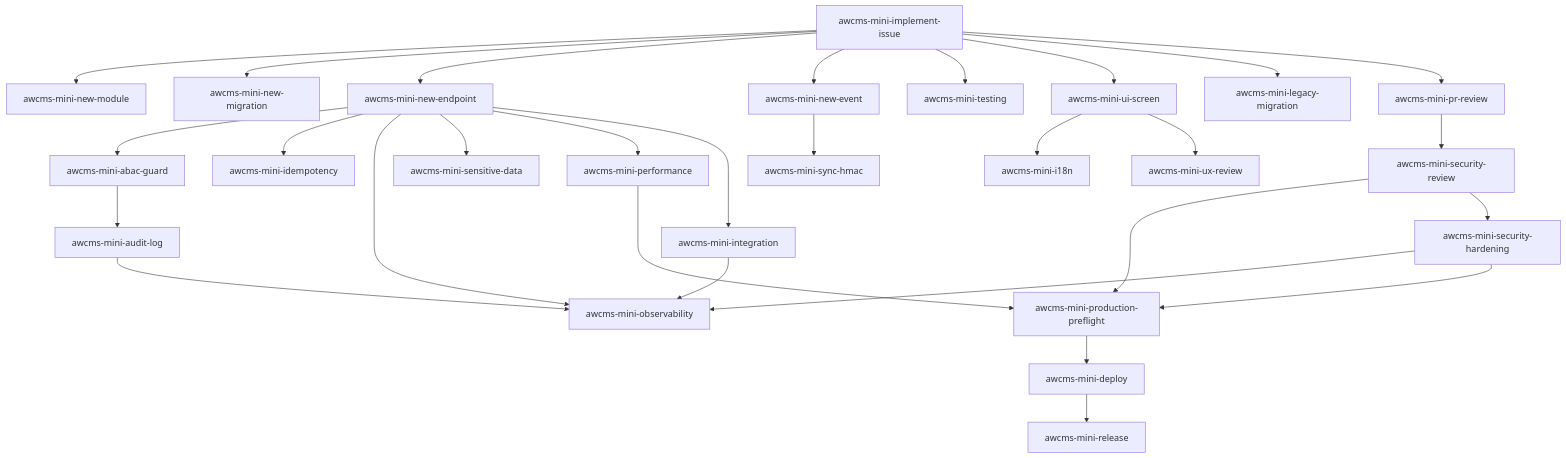
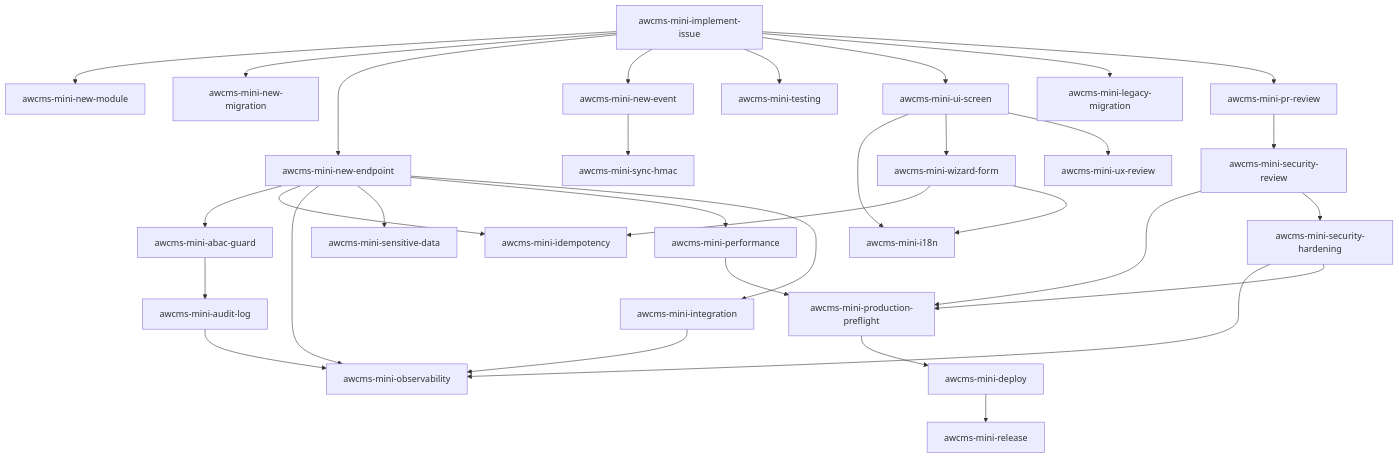
Before and after one commit to ahliweb/awcms-mini: the diagram in .claude/skills/README.md, drawn with Mermaid. The commit also changed other lines of this file and 6 other files, not shown here.

````diff
--- a/.claude/skills/README.md
+++ b/.claude/skills/README.md
@@ -55,32 +56,35 @@
 ```mermaid
 flowchart TD
   II[awcms-mini-implement-issue] --> NM[awcms-mini-new-module]
   II --> MIG[awcms-mini-new-migration]
   II --> EP[awcms-mini-new-endpoint]
   II --> EV[awcms-mini-new-event]
   II --> TST[awcms-mini-testing]
   EP --> ABAC[awcms-mini-abac-guard]
   EP --> IDEM[awcms-mini-idempotency]
   ABAC --> AUD[awcms-mini-audit-log]
   AUD --> OBS[awcms-mini-observability]
   EP --> OBS
   EP --> SD[awcms-mini-sensitive-data]
   EV --> SYNC[awcms-mini-sync-hmac]
   II --> UI[awcms-mini-ui-screen]
   UI --> I18N[awcms-mini-i18n]
+  UI --> WIZ[awcms-mini-wizard-form]
+  WIZ --> IDEM
+  WIZ --> I18N
   II --> LEG[awcms-mini-legacy-migration]
   II --> PR[awcms-mini-pr-review]
   PR --> SEC[awcms-mini-security-review]
   SEC --> PF[awcms-mini-production-preflight]
   PF --> DEP[awcms-mini-deploy]
   DEP --> REL[awcms-mini-release]
 
   UI --> UXR[awcms-mini-ux-review]
   EP --> PERF[awcms-mini-performance]
   EP --> INT[awcms-mini-integration]
   INT --> OBS
   SEC --> HARD[awcms-mini-security-hardening]
   HARD --> OBS
   PERF --> PF
   HARD --> PF
 ```
````
